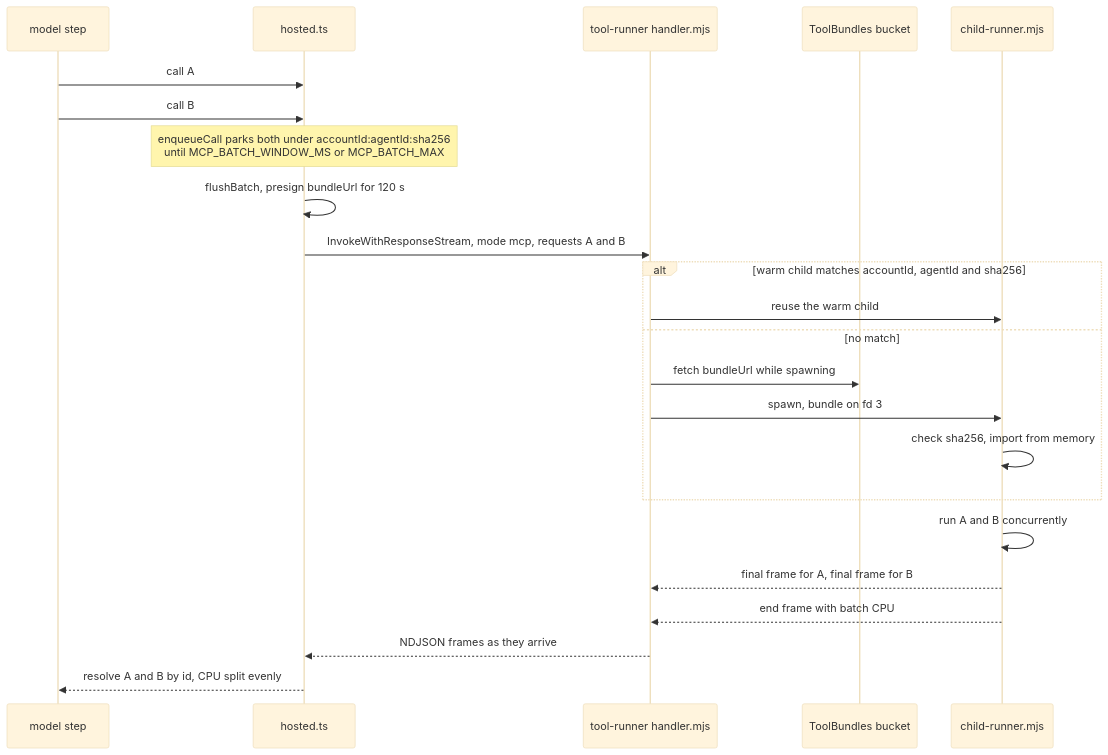
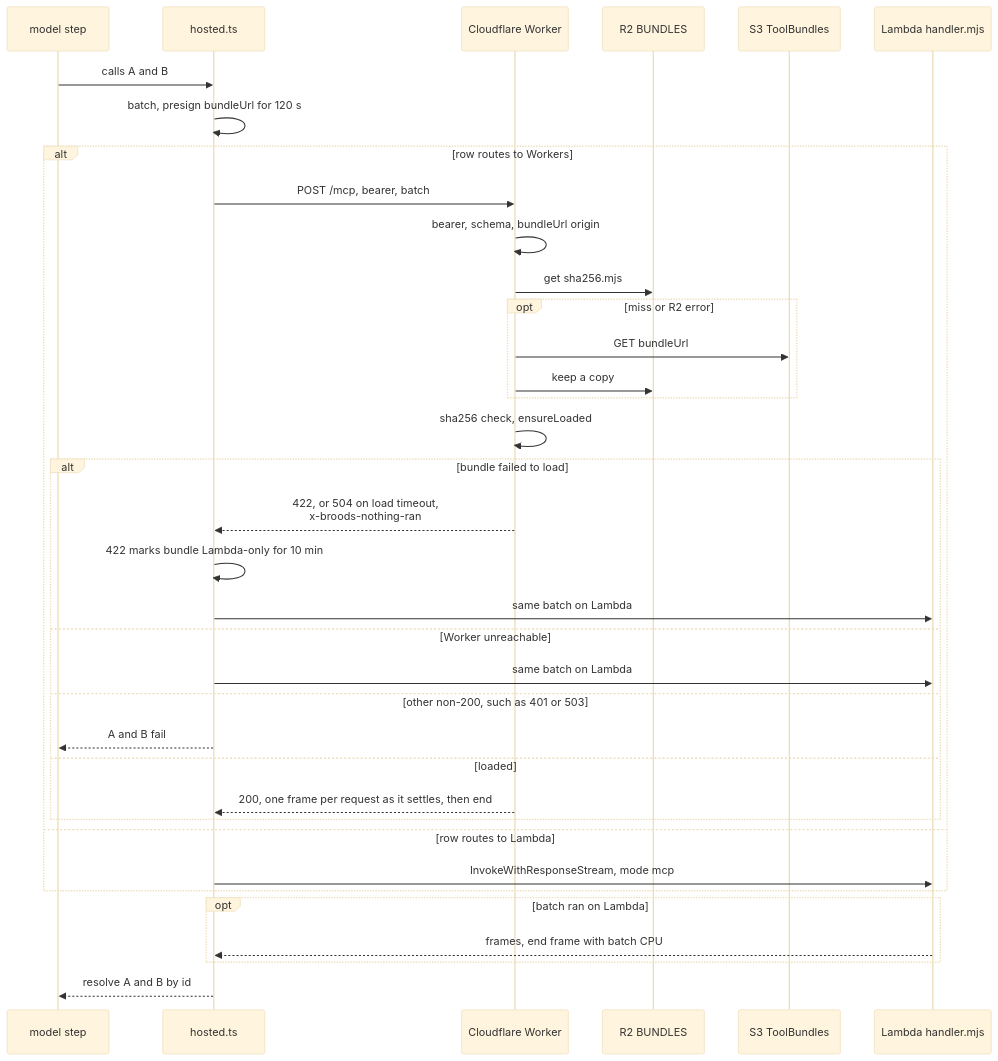
The eighth of 9 diagrams in apps/docs/docs/internals/tools-and-mcp.md (beeblastco/broods), drawn with Mermaid (base theme) before and after one commit. The commit also changed other lines of this file and 22 other files, not shown here.

First line of the commit message:
docs: fold the Cloudflare pages into their sections, rewrite internals diagram-first (#1010)

````diff
--- a/apps/docs/docs/internals/tools-and-mcp.md
+++ b/apps/docs/docs/internals/tools-and-mcp.md
@@ -123,26 +234,39 @@
 ```mermaid
 sequenceDiagram
   participant M as model step
   participant H as hosted.ts
-  participant L as tool-runner handler.mjs
-  participant S3 as ToolBundles bucket
-  participant C as child-runner.mjs
+  participant W as Cloudflare Worker
+  participant R2 as R2 BUNDLES
+  participant S3 as S3 ToolBundles
+  participant L as Lambda handler.mjs
 
-  M->>H: call A
-  M->>H: call B
-  Note over H: enqueueCall parks both under accountId:agentId:sha256<br/>until MCP_BATCH_WINDOW_MS or MCP_BATCH_MAX
-  H->>H: flushBatch, presign bundleUrl for 120 s
-  H->>L: InvokeWithResponseStream, mode mcp, requests A and B
-  alt warm child matches accountId, agentId and sha256
-    L->>C: reuse the warm child
-  else no match
-    L->>S3: fetch bundleUrl while spawning
-    L->>C: spawn, bundle on fd 3
-    C->>C: check sha256, import from memory
+  M->>H: calls A and B
+  H->>H: batch, presign bundleUrl for 120 s
+  alt row routes to Workers
+    H->>W: POST /mcp, bearer, batch
+    W->>W: bearer, schema, bundleUrl origin
+    W->>R2: get sha256.mjs
+    opt miss or R2 error
+      W->>S3: GET bundleUrl
+      W->>R2: keep a copy
+    end
+    W->>W: sha256 check, ensureLoaded
+    alt bundle failed to load
+      W-->>H: 422, or 504 on load timeout,<br/>x-broods-nothing-ran
+      H->>H: 422 marks bundle Lambda-only for 10 min
+      H->>L: same batch on Lambda
+    else Worker unreachable
+      H->>L: same batch on Lambda
+    else other non-200, such as 401 or 503
+      H-->>M: A and B fail
+    else loaded
+      W-->>H: 200, one frame per request as it settles, then end
+    end
+  else row routes to Lambda
+    H->>L: InvokeWithResponseStream, mode mcp
   end
-  C->>C: run A and B concurrently
-  C-->>L: final frame for A, final frame for B
-  C-->>L: end frame with batch CPU
-  L-->>H: NDJSON frames as they arrive
-  H-->>M: resolve A and B by id, CPU split evenly
+  opt batch ran on Lambda
+    L-->>H: frames, end frame with batch CPU
+  end
+  H-->>M: resolve A and B by id
 ```
````
